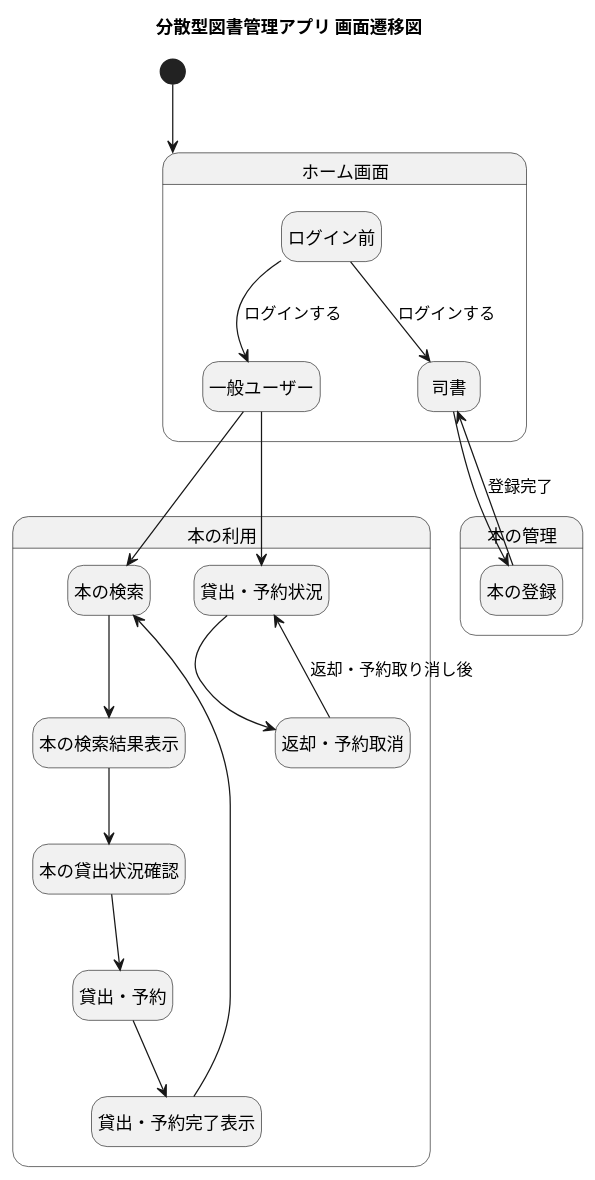
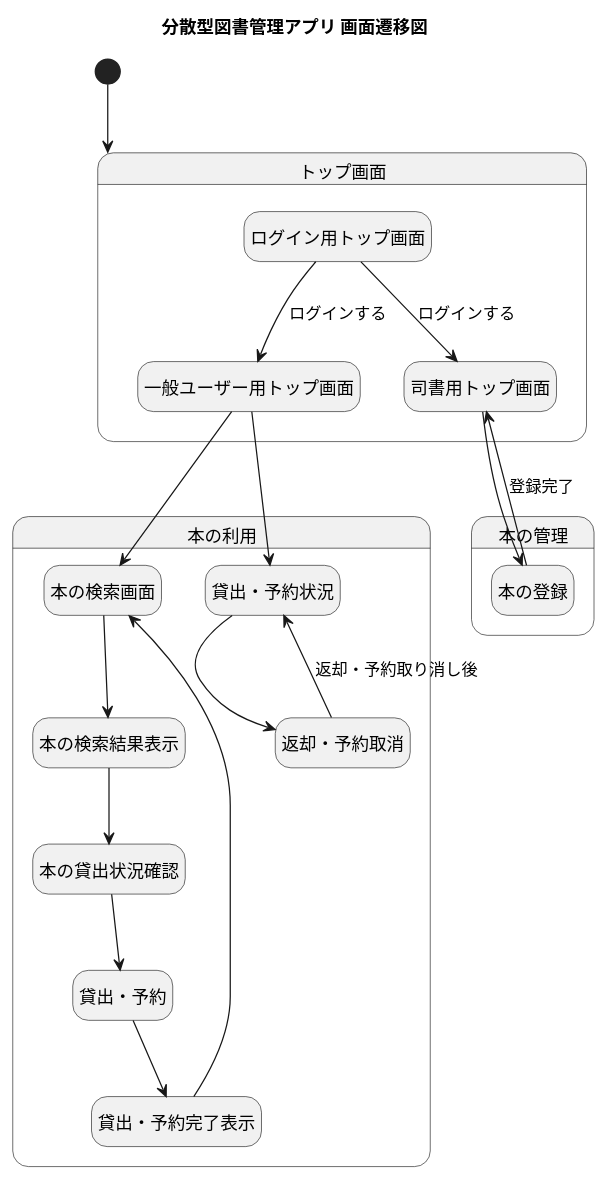
The diagram in docs/screen_flow/screen_flow_diagram.pu (tomoki-shiozaki/distributed-library), drawn with PlantUML before and after one commit.

Commit message:
docs: add screen flow diagrams (WIP)

```diff
--- a/docs/screen_flow/screen_flow_diagram.pu
+++ b/docs/screen_flow/screen_flow_diagram.pu
@@ -1,49 +1,49 @@
 @startuml screen_flow
 skinparam defaultFontName "Noto Sans CJK JP"
 hide empty description
 
 title 分散型図書管理アプリ 画面遷移図   
 
-[*] --> ホーム画面
-state ホーム画面 {
-    state "ログイン前" as notLogin
-    state "一般ユーザー" as user 
-    state "司書" as librarian
+[*] --> top
+state "トップ画面" as top {
+    state "ログイン用トップ画面" as notLogin
+    state "一般ユーザー用トップ画面" as user 
+    state "司書用トップ画面" as librarian
     notLogin --> user : ログインする
     notLogin --> librarian : ログインする
 }
 
 state 本の管理 {
     state 本の登録
 }
 librarian --> 本の登録
 本の登録 --> librarian : 登録完了
 
 
 
 state 本の利用 {
-    state "本の検索" as bookSearch
+    state "本の検索画面" as bookSearch
     state "本の検索結果表示" as searchResult
     state "本の貸出状況確認" as bookStatus
     state "貸出・予約" as borrowAndBook
     state "貸出・予約完了表示" as borrowCompletion
     
     state "貸出・予約状況" as borrowingBooks
     state "返却・予約取消" as returnAndCancelReservation
 
     ' 本の貸出の流れ
     bookSearch --> searchResult
     searchResult --> bookStatus
     bookStatus --> borrowAndBook
     borrowAndBook --> borrowCompletion
     borrowCompletion --> bookSearch 
     
     ' 本の返却の流れ
     borrowingBooks --> returnAndCancelReservation
     returnAndCancelReservation --> borrowingBooks : 返却・予約取り消し後
 }
 user --> bookSearch
 user --> borrowingBooks
 
 
 @enduml
```
